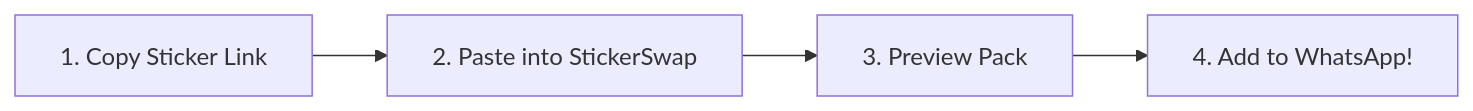
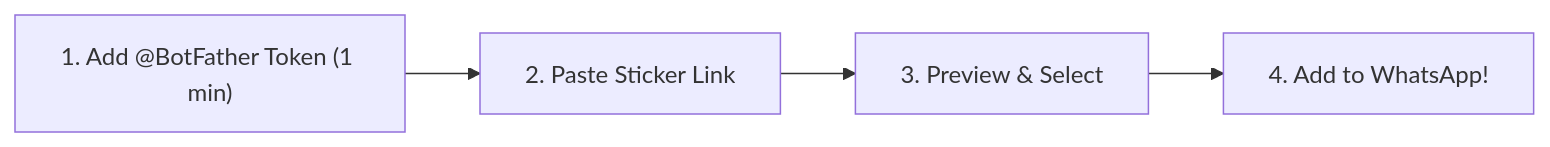
Before and after one commit to Kompetankedi/stickerswap: the second of 2 diagrams in README.md, drawn with Mermaid. The commit also changed other lines of this file and 3 other files, not shown here.

Commit message:
docs(readme): clarify bot token requirement and platform support

````diff
--- a/README.md
+++ b/README.md
@@ -94,6 +122,6 @@
 ```mermaid
 flowchart LR
-    A[1. Copy Sticker Link] --> B[2. Paste into StickerSwap]
-    B --> C[3. Preview Pack]
+    A["1. Add @BotFather Token (1 min)"] --> B[2. Paste Sticker Link]
+    B --> C[3. Preview & Select]
     C --> D[4. Add to WhatsApp!]
 ```
````
